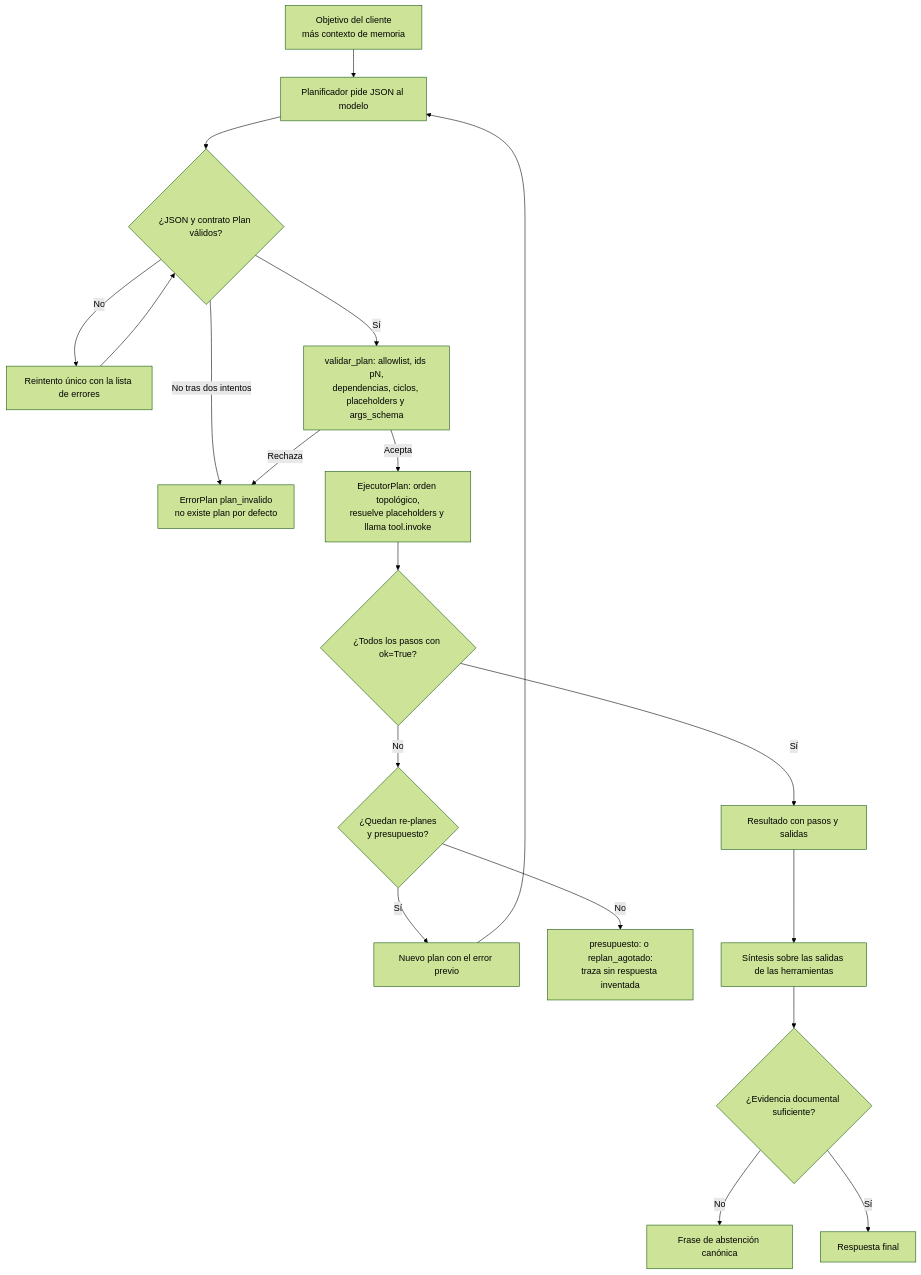
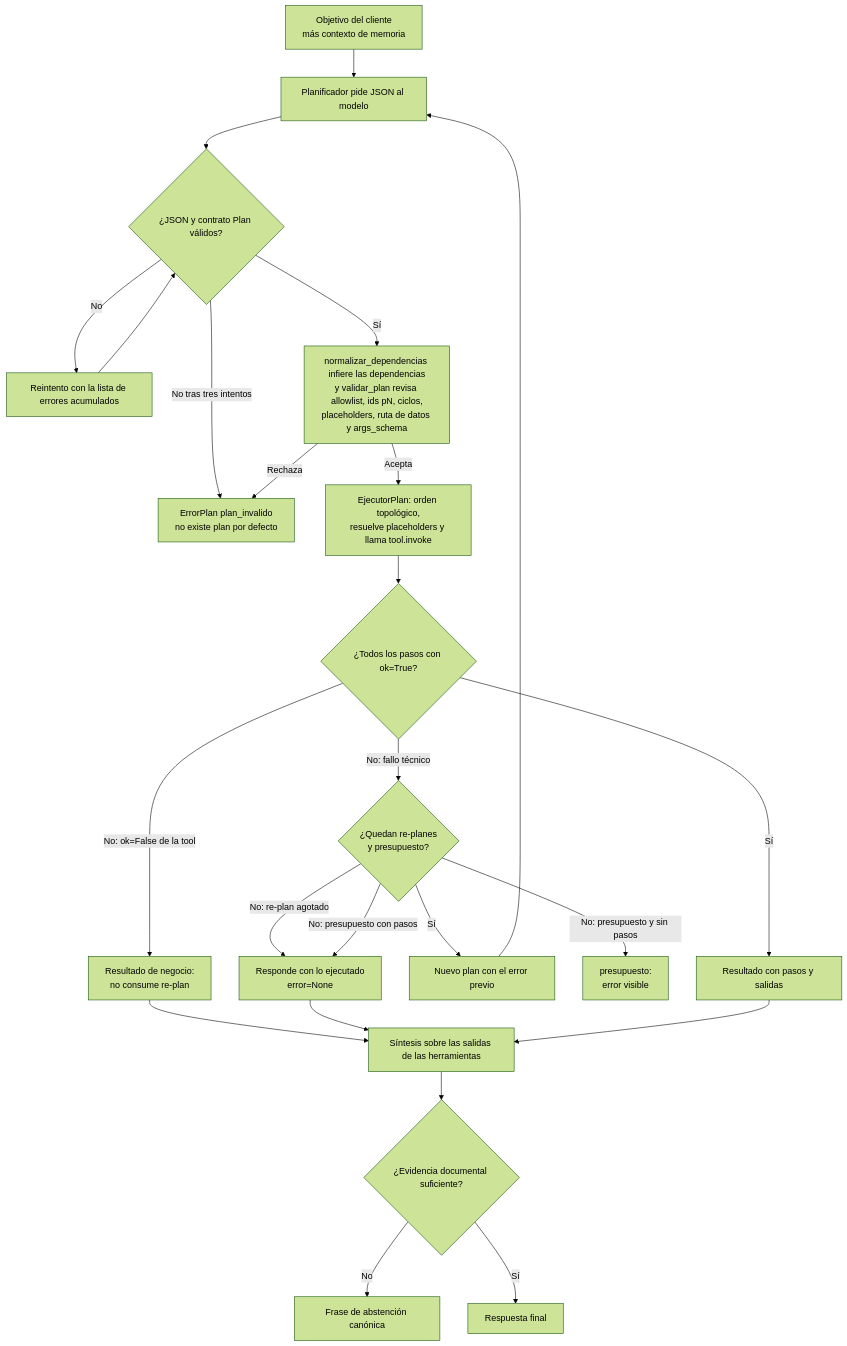
Before and after one commit to risaavedraf/tecnoapoyo-rag-main: the second of 2 diagrams in README.md, drawn with Mermaid (forest theme). The commit also changed other lines of this file and 2 other files, not shown here.

````diff
--- a/README.md
+++ b/README.md
@@ -444,21 +599,26 @@
 ```mermaid
 flowchart TD
     A["Objetivo del cliente<br/>más contexto de memoria"] --> B["Planificador pide JSON al modelo"]
     B --> C{"¿JSON y contrato Plan válidos?"}
-    C -- "No" --> D["Reintento único con la lista de errores"]
+    C -- "No" --> D["Reintento con la lista de errores acumulados"]
     D --> C
-    C -- "No tras dos intentos" --> E["ErrorPlan plan_invalido<br/>no existe plan por defecto"]
-    C -- "Sí" --> F["validar_plan: allowlist, ids pN,<br/>dependencias, ciclos, placeholders y args_schema"]
+    C -- "No tras tres intentos" --> E["ErrorPlan plan_invalido<br/>no existe plan por defecto"]
+    C -- "Sí" --> F["normalizar_dependencias infiere las dependencias<br/>y validar_plan revisa allowlist, ids pN, ciclos,<br/>placeholders, ruta de datos y args_schema"]
     F -- "Rechaza" --> E
     F -- "Acepta" --> G["EjecutorPlan: orden topológico,<br/>resuelve placeholders y llama tool.invoke"]
     G --> H{"¿Todos los pasos con ok=True?"}
     H -- "Sí" --> I["Resultado con pasos y salidas"]
-    H -- "No" --> J{"¿Quedan re-planes<br/>y presupuesto?"}
+    H -- "No: ok=False de la tool" --> Q["Resultado de negocio:<br/>no consume re-plan"]
+    H -- "No: fallo técnico" --> J{"¿Quedan re-planes<br/>y presupuesto?"}
     J -- "Sí" --> K["Nuevo plan con el error previo"]
     K --> B
-    J -- "No" --> L["presupuesto: o replan_agotado:<br/>traza sin respuesta inventada"]
+    J -- "No: presupuesto y sin pasos" --> L["presupuesto:<br/>error visible"]
+    J -- "No: re-plan agotado" --> R["Responde con lo ejecutado<br/>error=None"]
+    J -- "No: presupuesto con pasos" --> R
+    Q --> M
+    R --> M
     I --> M["Síntesis sobre las salidas de las herramientas"]
     M --> N{"¿Evidencia documental suficiente?"}
     N -- "No" --> O["Frase de abstención canónica"]
     N -- "Sí" --> P["Respuesta final"]
 ```
````
